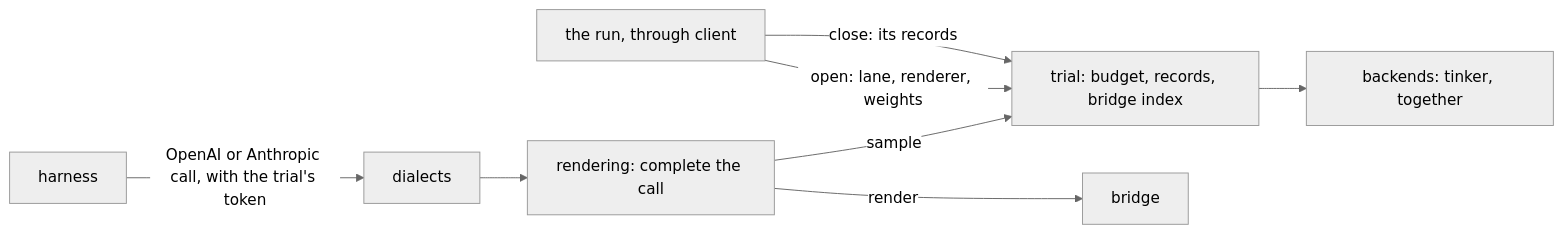
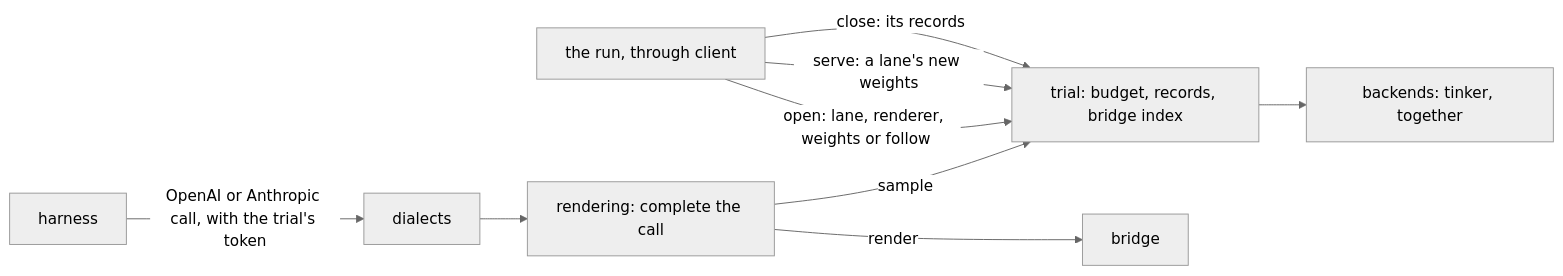
Before and after one commit to ghidav/shipyard: the diagram in packages/harness-proxy/README.md, drawn with Mermaid (neutral theme). The commit also changed other lines of this file and 21 other files, not shown here.

````diff
--- a/packages/harness-proxy/README.md
+++ b/packages/harness-proxy/README.md
@@ -5,10 +5,11 @@
 ```mermaid
 flowchart LR
-    run["the run, through client"] -->|"open: lane, renderer, weights"| trial["trial: budget, records, bridge index"]
+    run["the run, through client"] -->|"open: lane, renderer, weights or follow"| trial["trial: budget, records, bridge index"]
+    run -->|"serve: a lane's new weights"| trial
     harness["harness"] -->|"OpenAI or Anthropic call, with the trial's token"| dialect["dialects"]
     dialect --> rendering["rendering: complete the call"]
     rendering -->|render| bridge["bridge"]
     rendering -->|sample| trial
     trial --> backend["backends: tinker, together"]
     run -->|"close: its records"| trial
 ```
````
